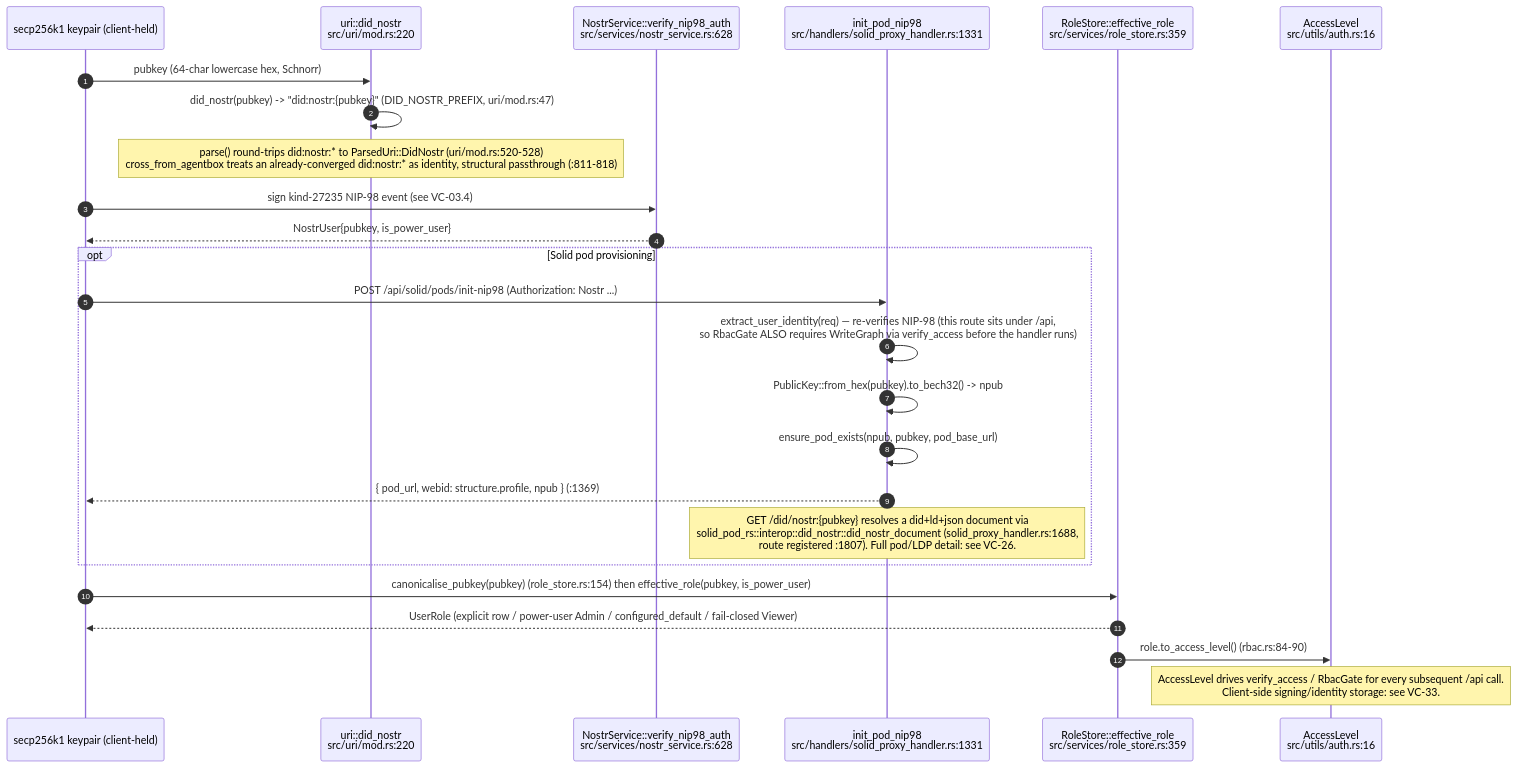
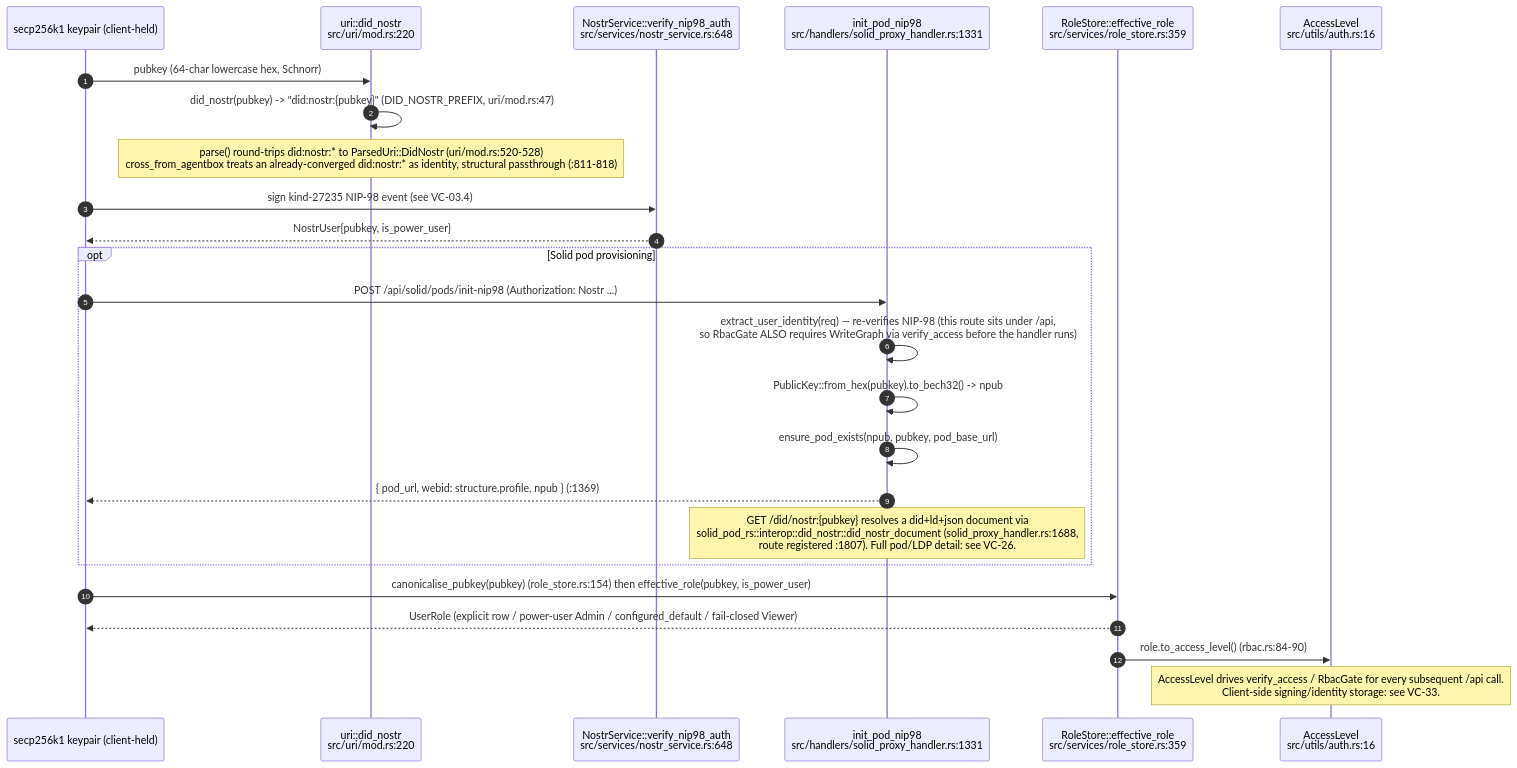
One commit to DreamLab-AI/VisionFlow changed diagram 12 of 14 in docs/diagrams/visionclaw/03-request-lifecycle-and-rbac.md. Above: the diagram before and after it, drawn with Mermaid. The commit also changed other lines of this file and 160 other files, not shown here.

````diff
--- a/docs/diagrams/visionclaw/03-request-lifecycle-and-rbac.md
+++ b/docs/diagrams/visionclaw/03-request-lifecycle-and-rbac.md
@@ -538,28 +549,28 @@
 ```mermaid
 sequenceDiagram
     autonumber
     participant K as secp256k1 keypair (client-held)
     participant U as uri::did_nostr<br/>src/uri/mod.rs:220
-    participant NS as NostrService::verify_nip98_auth<br/>src/services/nostr_service.rs:628
+    participant NS as NostrService::verify_nip98_auth<br/>src/services/nostr_service.rs:648
     participant SP as init_pod_nip98<br/>src/handlers/solid_proxy_handler.rs:1331
     participant RS as RoleStore::effective_role<br/>src/services/role_store.rs:359
     participant AL as AccessLevel<br/>src/utils/auth.rs:16
 
     K->>U: pubkey (64-char lowercase hex, Schnorr)
     U->>U: did_nostr(pubkey) -> "did:nostr:{pubkey}" (DID_NOSTR_PREFIX, uri/mod.rs:47)
     Note over U: parse() round-trips did:nostr:* to ParsedUri::DidNostr (uri/mod.rs:520-528)<br/>cross_from_agentbox treats an already-converged did:nostr:* as identity, structural passthrough (:811-818)
     K->>NS: sign kind-27235 NIP-98 event (see VC-03.4)
     NS-->>K: NostrUser{pubkey, is_power_user}
     opt Solid pod provisioning
         K->>SP: POST /api/solid/pods/init-nip98 (Authorization: Nostr ...)
         SP->>SP: extract_user_identity(req) — re-verifies NIP-98 (this route sits under /api,<br/>so RbacGate ALSO requires WriteGraph via verify_access before the handler runs)
         SP->>SP: PublicKey::from_hex(pubkey).to_bech32() -> npub
         SP->>SP: ensure_pod_exists(npub, pubkey, pod_base_url)
         SP-->>K: { pod_url, webid: structure.profile, npub } (:1369)
         Note over SP: GET /did/nostr:{pubkey} resolves a did+ld+json document via<br/>solid_pod_rs::interop::did_nostr::did_nostr_document (solid_proxy_handler.rs:1688,<br/>route registered :1807). Full pod/LDP detail: see VC-26.
     end
     K->>RS: canonicalise_pubkey(pubkey) (role_store.rs:154) then effective_role(pubkey, is_power_user)
     RS-->>K: UserRole (explicit row / power-user Admin / configured_default / fail-closed Viewer)
     RS->>AL: role.to_access_level() (rbac.rs:84-90)
     Note over AL: AccessLevel drives verify_access / RbacGate for every subsequent /api call.<br/>Client-side signing/identity storage: see VC-33.
 ```
````
